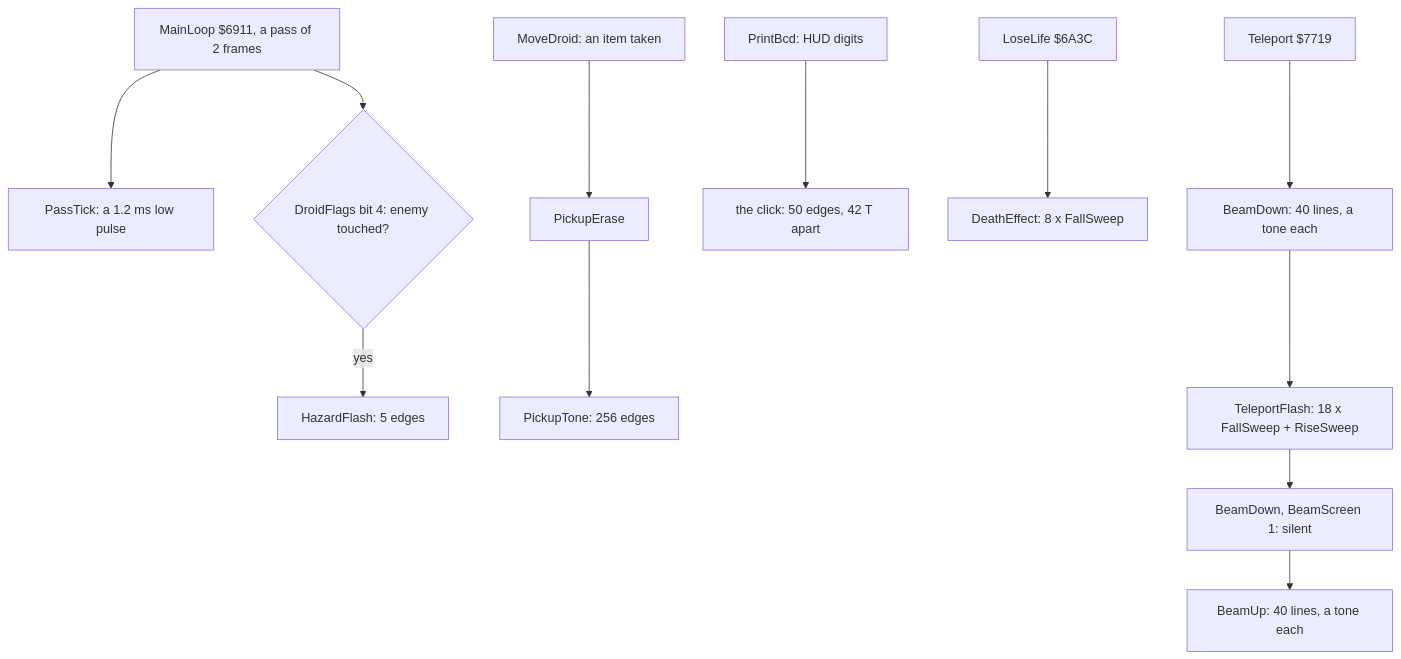
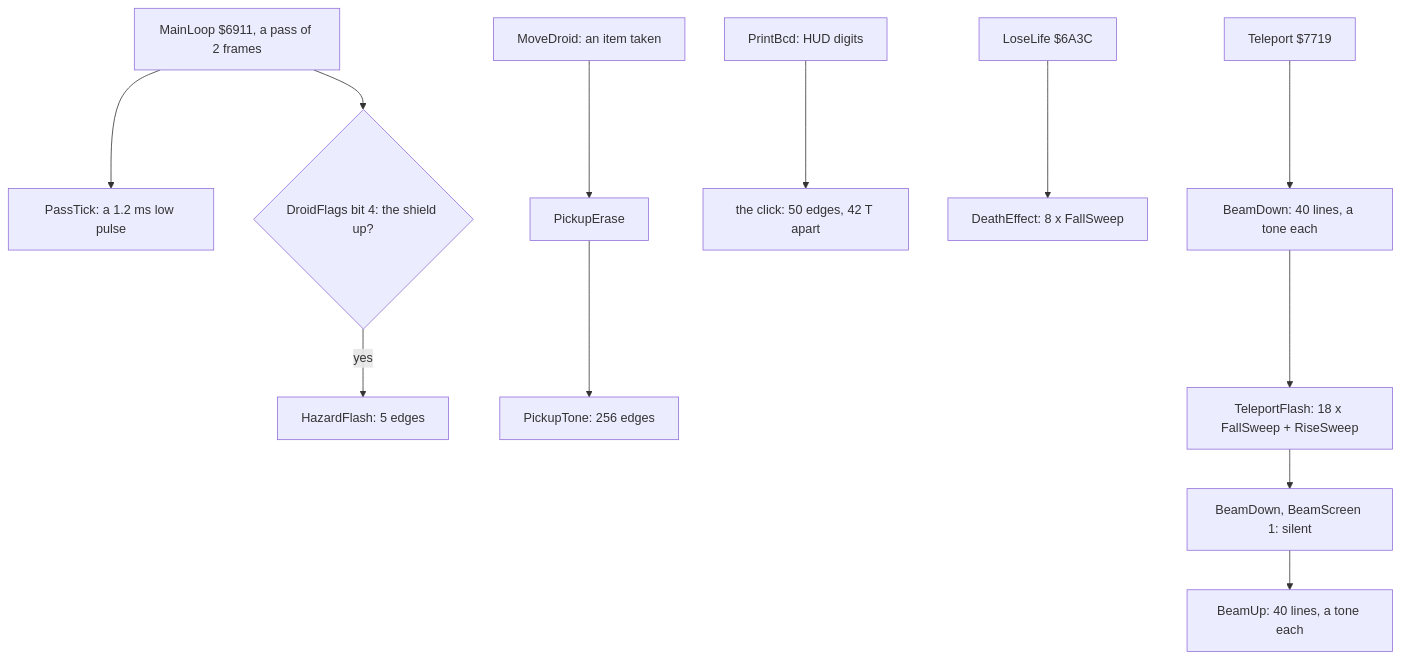
Before and after one commit to alfishe/unrealng-reverse-cases: the first of 8 diagrams in games/tujad/docs/09-sound.md, drawn with Mermaid. The commit also changed other lines of this file and 24 other files, not shown here.

````diff
--- a/games/tujad/docs/09-sound.md
+++ b/games/tujad/docs/09-sound.md
@@ -68,13 +68,13 @@
 ```mermaid
 flowchart TD
     ML["MainLoop $6911, a pass of 2 frames"] --> PT["PassTick: a 1.2 ms low pulse"]
-    ML --> HF{"DroidFlags bit 4: enemy touched?"}
+    ML --> HF{"DroidFlags bit 4: the shield up?"}
     HF -->|yes| HB["HazardFlash: 5 edges"]
     MD["MoveDroid: an item taken"] --> PE["PickupErase"] --> PTN["PickupTone: 256 edges"]
     PR["PrintBcd: HUD digits"] --> CL["the click: 50 edges, 42 T apart"]
     LL["LoseLife $6A3C"] --> DE["DeathEffect: 8 x FallSweep"]
     TP["Teleport $7719"] --> BD["BeamDown: 40 lines, a tone each"]
     BD --> TF["TeleportFlash: 18 x FallSweep + RiseSweep"]
     TF --> BD2["BeamDown, BeamScreen 1: silent"]
     BD2 --> BU["BeamUp: 40 lines, a tone each"]
 ```
````
